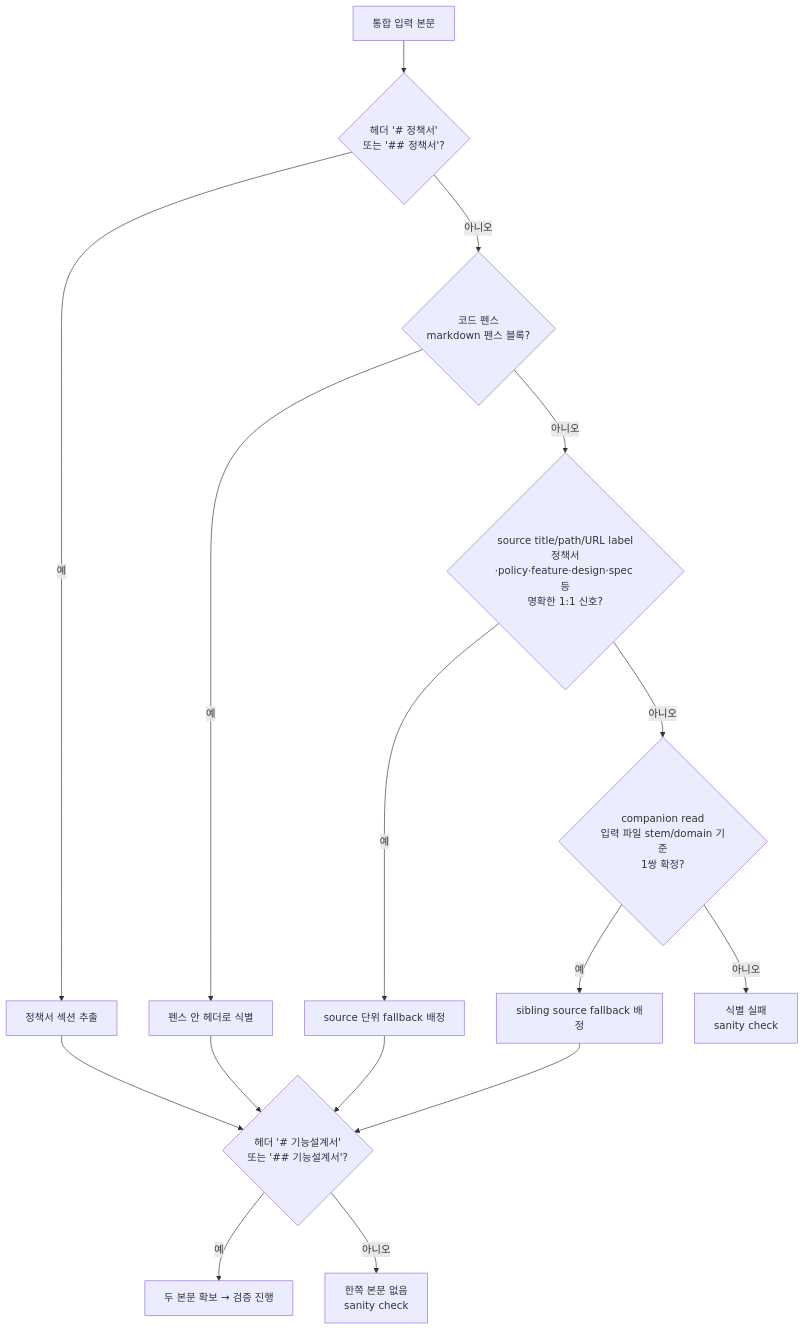
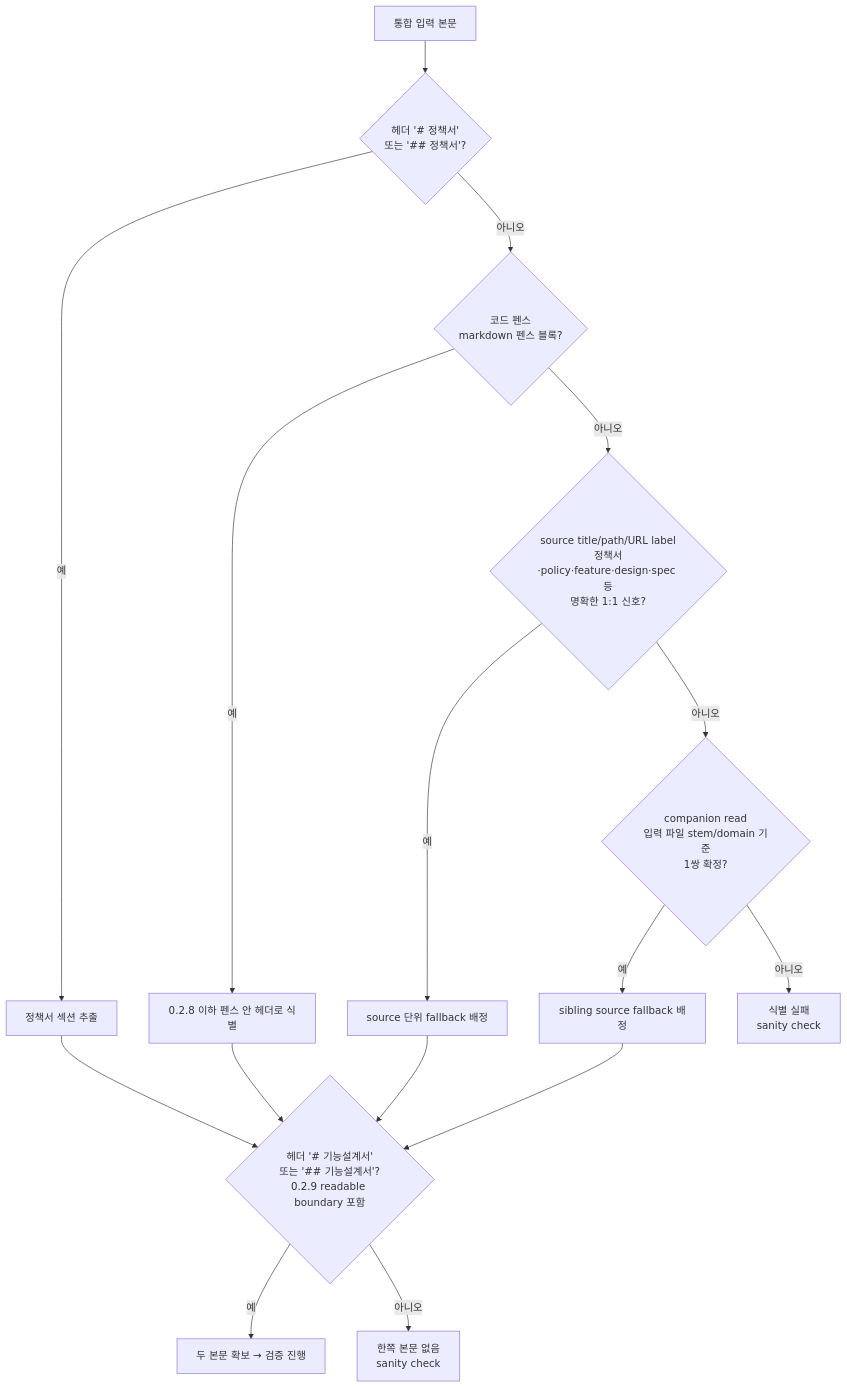
Before and after one commit to inkwonjung-colosseum/plugins: the third of 8 diagrams in planning-kit/docs/planning-review-workflow.md, drawn with Mermaid. The commit also changed other lines of this file and 24 other files, not shown here.

````diff
--- a/planning-kit/docs/planning-review-workflow.md
+++ b/planning-kit/docs/planning-review-workflow.md
@@ -97,19 +95,19 @@
 ```mermaid
 flowchart TD
   IN[통합 입력 본문] --> P1{"헤더 '# 정책서'<br/>또는 '## 정책서'?"}
   P1 -->|예| Q1[정책서 섹션 추출]
   P1 -->|아니오| P2{"코드 펜스<br/>markdown 펜스 블록?"}
-  P2 -->|예| Q2[펜스 안 헤더로 식별]
+  P2 -->|예| Q2[0.2.8 이하 펜스 안 헤더로 식별]
   P2 -->|아니오| P4{"source title/path/URL label<br/>정책서·policy·feature·design·spec 등<br/>명확한 1:1 신호?"}
   P4 -->|예| Q4[source 단위 fallback 배정]
   P4 -->|아니오| P5{"companion read<br/>입력 파일 stem/domain 기준<br/>1쌍 확정?"}
   P5 -->|예| Q5[sibling source fallback 배정]
   P5 -->|아니오| FAIL[식별 실패<br/>sanity check]
 
-  Q1 --> P3{"헤더 '# 기능설계서'<br/>또는 '## 기능설계서'?"}
+  Q1 --> P3{"헤더 '# 기능설계서'<br/>또는 '## 기능설계서'?<br/>0.2.9 readable boundary 포함"}
   Q2 --> P3
   Q4 --> P3
   Q5 --> P3
   P3 -->|예| OK[두 본문 확보 → 검증 진행]
   P3 -->|아니오| EMPTY[한쪽 본문 없음<br/>sanity check]
 ```
````
